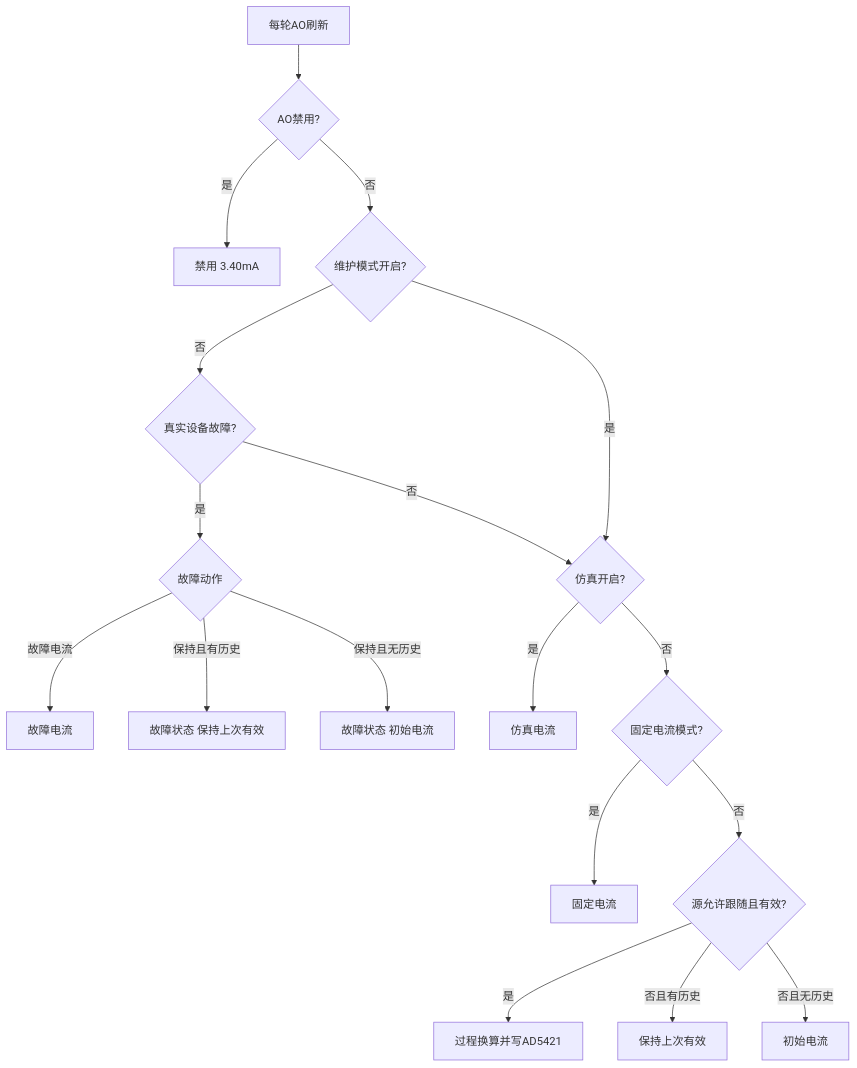
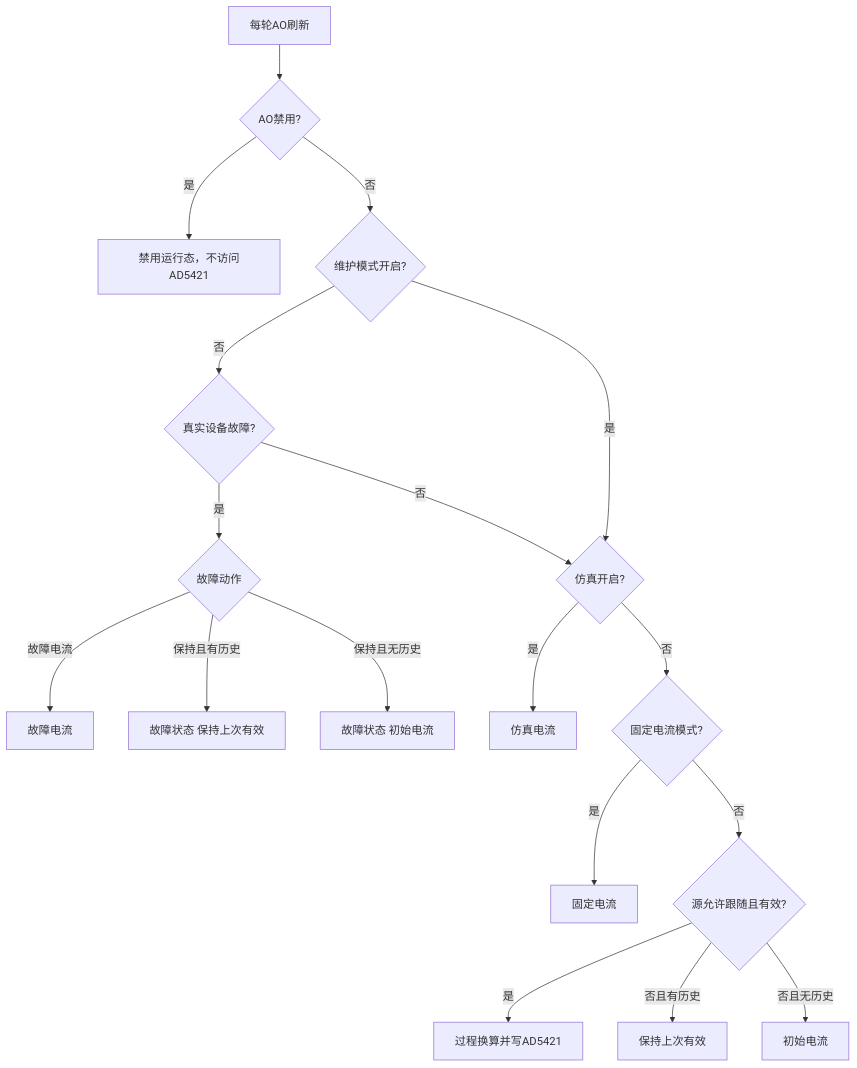
Before and after one commit to duanxuebin1998/cube: the diagram in docs/01_协议与寄存器/AO电流输出/4-20mA电流输出逻辑.md, drawn with Mermaid. The commit also changed other lines of this file and 9 other files, not shown here.

````diff
--- a/docs/01_协议与寄存器/AO电流输出/4-20mA电流输出逻辑.md
+++ b/docs/01_协议与寄存器/AO电流输出/4-20mA电流输出逻辑.md
@@ -57,20 +57,20 @@
 ```mermaid
 flowchart TD
     A[每轮AO刷新] --> B{AO禁用?}
-    B -- 是 --> D[禁用 3.40mA]
+    B -- 是 --> D[禁用运行态，不访问AD5421]
     B -- 否 --> C{维护模式开启?}
     C -- 否 --> E{真实设备故障?}
     E -- 是 --> F{故障动作}
     F -- 故障电流 --> G[故障电流]
     F -- 保持且有历史 --> H[故障状态 保持上次有效]
     F -- 保持且无历史 --> I[故障状态 初始电流]
     C -- 是 --> J{仿真开启?}
     E -- 否 --> J
     J -- 是 --> K[仿真电流]
     J -- 否 --> L{固定电流模式?}
     L -- 是 --> M[固定电流]
     L -- 否 --> N{源允许跟随且有效?}
     N -- 是 --> P[过程换算并写AD5421]
     N -- 否且有历史 --> Q[保持上次有效]
     N -- 否且无历史 --> R[初始电流]
 ```
````
